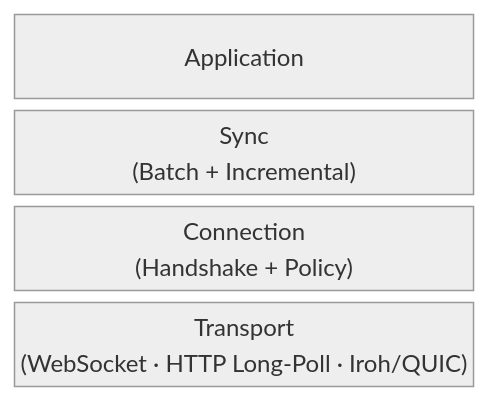
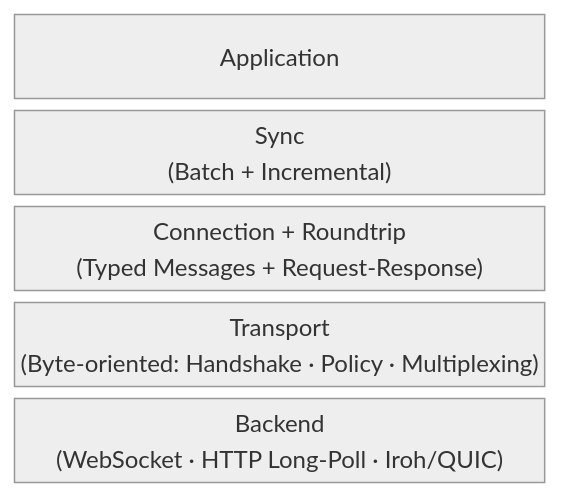
One commit to inkandswitch/subduction changed the first of 2 diagrams in design/README.md. Above: the diagram before and after it, drawn with Mermaid (neutral theme). The commit also changed other lines of this file and 4 other files, not shown here.

````diff
--- a/design/README.md
+++ b/design/README.md
@@ -18,8 +18,9 @@
 ```mermaid
 block-beta
     columns 1
     Application
     Sync["Sync<br/>(Batch + Incremental)"]
-    Connection["Connection<br/>(Handshake + Policy)"]
-    Transport["Transport<br/>(WebSocket · HTTP Long-Poll · Iroh/QUIC)"]
+    Connection["Connection + Roundtrip<br/>(Typed Messages + Request-Response)"]
+    Transport["Transport<br/>(Byte-oriented: Handshake · Policy · Multiplexing)"]
+    Backend["Backend<br/>(WebSocket · HTTP Long-Poll · Iroh/QUIC)"]
 ```
````
